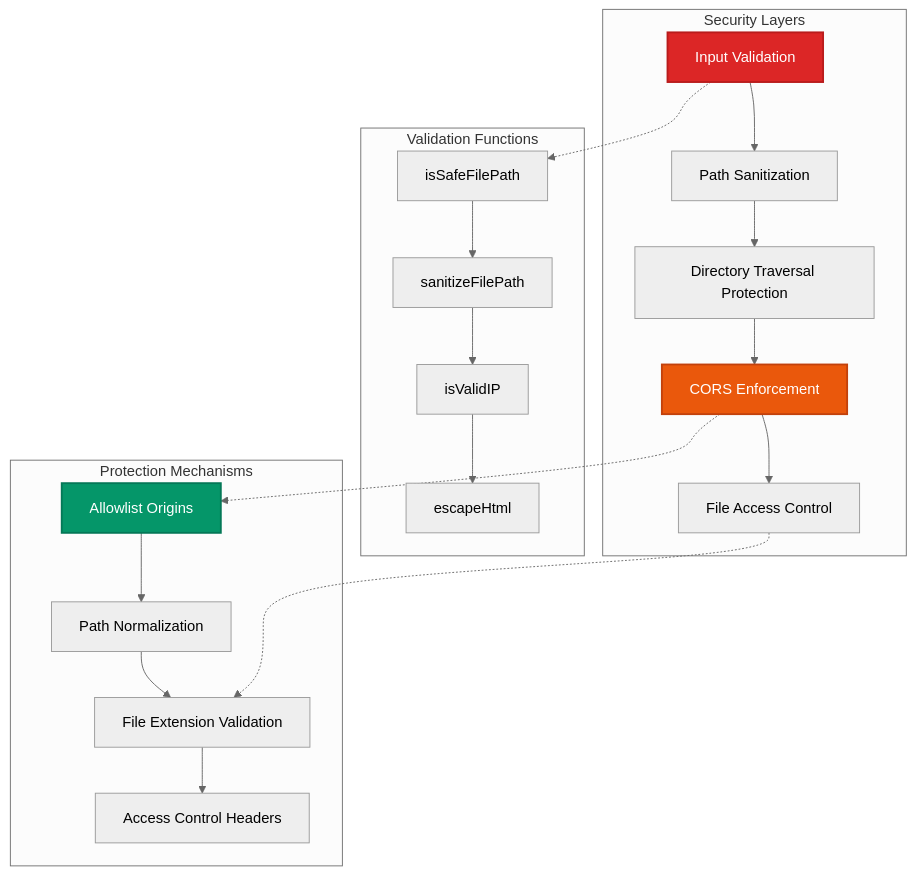
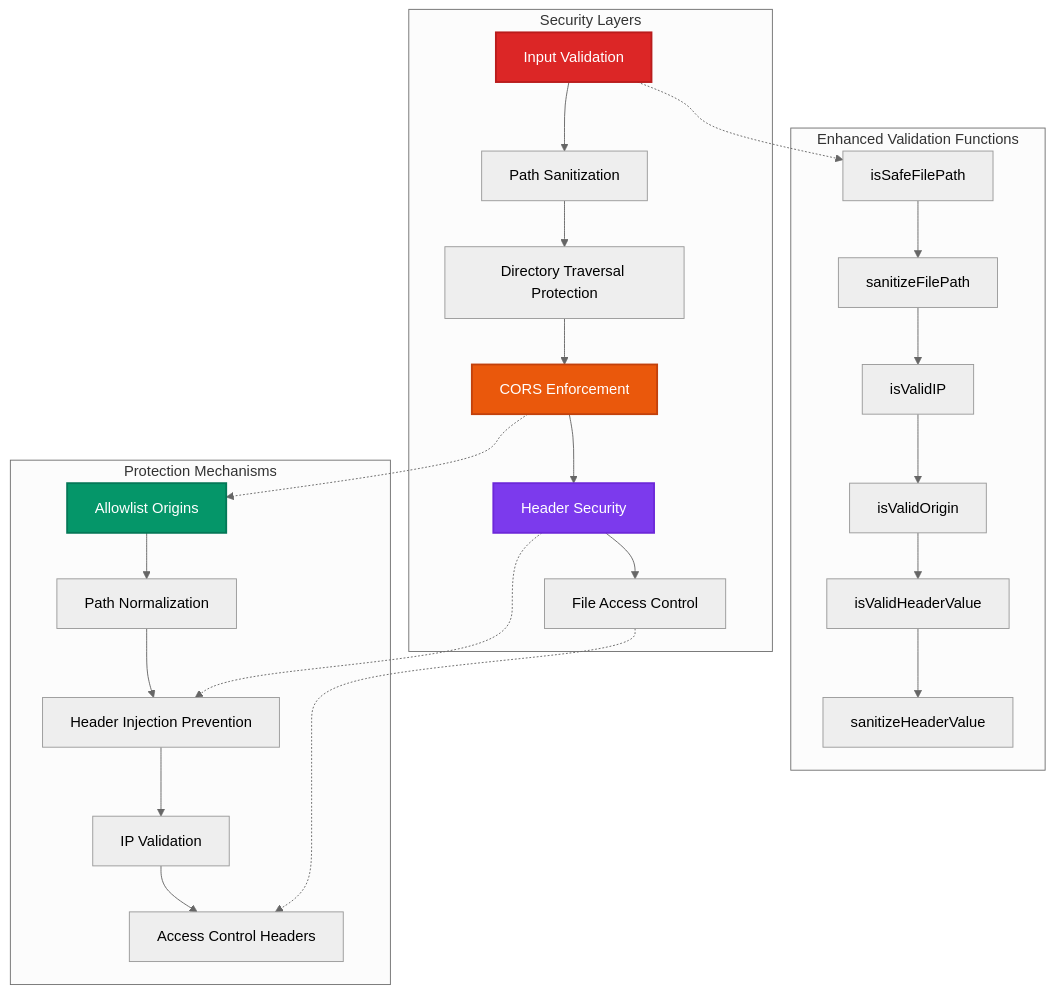
The fourth of 9 diagrams in docs/TECHNICAL_DOCUMENTATION.md (avoidwork/woodland), drawn with Mermaid (neutral theme) before and after one commit. The commit also changed other lines of this file, not shown here.

````diff
--- a/docs/TECHNICAL_DOCUMENTATION.md
+++ b/docs/TECHNICAL_DOCUMENTATION.md
@@ -203,29 +203,35 @@
 ```mermaid
 graph TB
     subgraph "Security Layers"
         A[Input Validation] --> B[Path Sanitization]
         B --> C[Directory Traversal Protection]
         C --> D[CORS Enforcement]
-        D --> E[File Access Control]
+        D --> E[Header Security]
+        E --> F[File Access Control]
     end
     
-    subgraph "Validation Functions"
-        F[isSafeFilePath] --> G[sanitizeFilePath]
-        G --> H[isValidIP]
-        H --> I[escapeHtml]
+    subgraph "Enhanced Validation Functions"
+        G[isSafeFilePath] --> H[sanitizeFilePath]
+        H --> I[isValidIP]
+        I --> J[isValidOrigin]
+        J --> K[isValidHeaderValue]
+        K --> L[sanitizeHeaderValue]
     end
     
     subgraph "Protection Mechanisms"
-        J[Allowlist Origins] --> K[Path Normalization]
-        K --> L[File Extension Validation]
-        L --> M[Access Control Headers]
+        M[Allowlist Origins] --> N[Path Normalization]
+        N --> O[Header Injection Prevention]
+        O --> P[IP Validation]
+        P --> Q[Access Control Headers]
     end
     
-    A -.-> F
-    D -.-> J
-    E -.-> L
+    A -.-> G
+    D -.-> M
+    E -.-> O
+    F -.-> Q
     
     style A fill:#dc2626,stroke:#b91c1c,stroke-width:2px,color:#ffffff
     style D fill:#ea580c,stroke:#c2410c,stroke-width:2px,color:#ffffff
-    style J fill:#059669,stroke:#047857,stroke-width:2px,color:#ffffff
+    style E fill:#7c3aed,stroke:#6d28d9,stroke-width:2px,color:#ffffff
+    style M fill:#059669,stroke:#047857,stroke-width:2px,color:#ffffff
 ```
````
